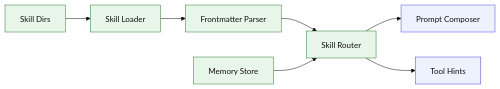
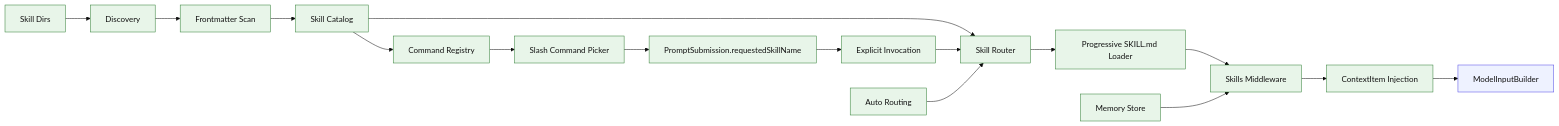
One commit to 1330482928/kai-code-agent changed the diagram in code-agent-roadmap/stages/stage-10-skill-memory.md. Above: the diagram before and after it, drawn with Mermaid (base theme). The commit also changed other lines of this file and 41 other files, not shown here.

Commit message:
docs(roadmap): refresh staged agent roadmap

````diff
--- a/code-agent-roadmap/stages/stage-10-skill-memory.md
+++ b/code-agent-roadmap/stages/stage-10-skill-memory.md
@@ -58,14 +66,23 @@
 ```mermaid
 flowchart LR
-  SkillDirs["Skill Dirs"] --> Loader["Skill Loader"]
-  Loader --> Frontmatter["Frontmatter Parser"]
-  Frontmatter --> Router["Skill Router"]
-  Memory["Memory Store"] --> Router
-  Router --> Composer["Prompt Composer"]
-  Router --> Registry["Tool Hints"]
+  Dirs["Skill Dirs"] --> Discover["Discovery"]
+  Discover --> Frontmatter["Frontmatter Scan"]
+  Frontmatter --> Catalog["Skill Catalog"]
+  Catalog --> Registry["Command Registry"]
+  Registry --> Slash["Slash Command Picker"]
+  Slash --> Submission["PromptSubmission.requestedSkillName"]
+  Catalog --> Router["Skill Router"]
+  Submission --> Explicit["Explicit Invocation"]
+  Explicit --> Router
+  Auto["Auto Routing"] --> Router
+  Router --> Loader["Progressive SKILL.md Loader"]
+  Loader --> Middleware["Skills Middleware"]
+  Memory["Memory Store"] --> Middleware
+  Middleware --> Items["ContextItem Injection"]
+  Items --> Builder["ModelInputBuilder"]
 
   classDef existing fill:#eef2ff,stroke:#4f46e5,color:#111;
   classDef new fill:#e8f5e9,stroke:#2e7d32,color:#111;
-  class Composer,Registry existing;
-  class SkillDirs,Loader,Frontmatter,Router,Memory new;
+  class Builder existing;
+  class Dirs,Discover,Frontmatter,Catalog,Registry,Slash,Submission,Router,Explicit,Auto,Loader,Middleware,Memory,Items new;
 ```
````
